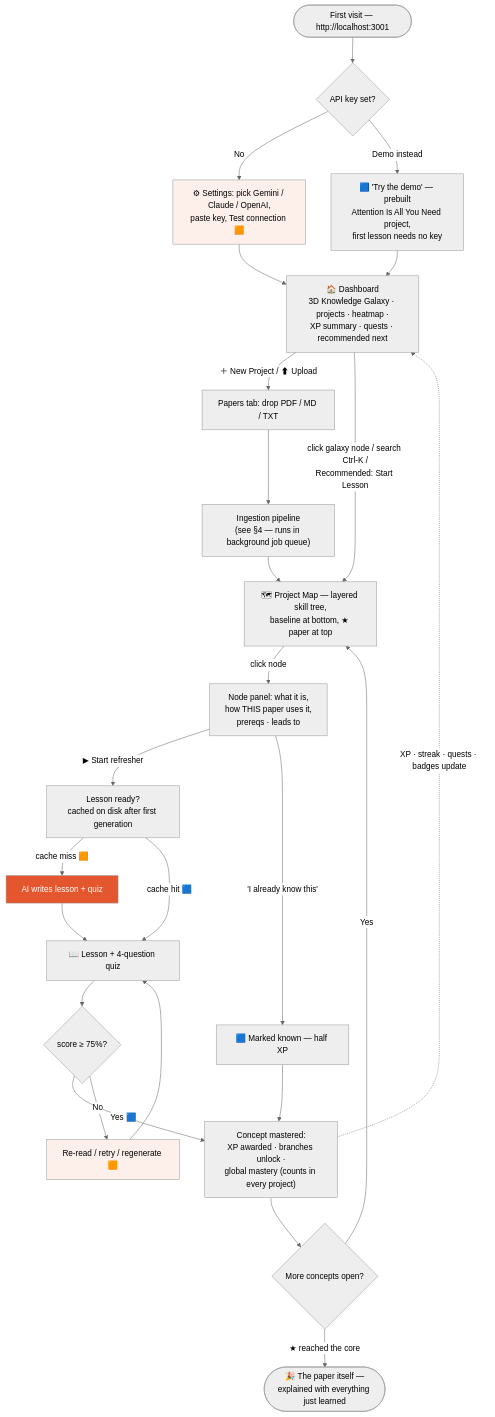
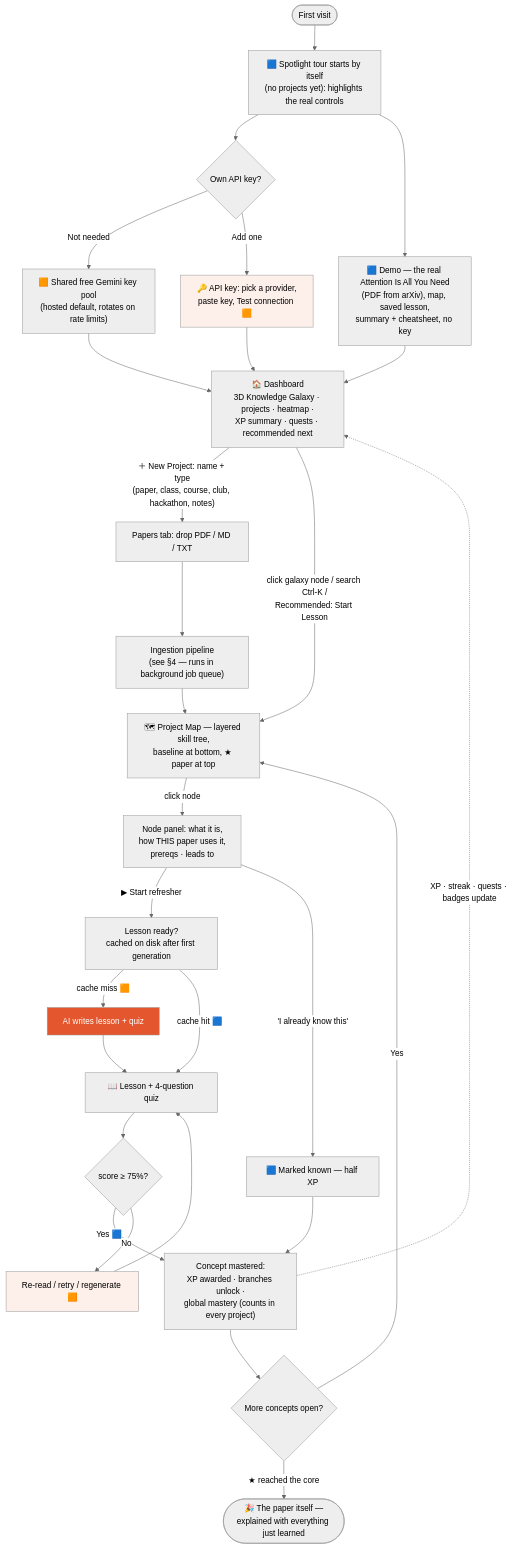
One commit to lenishu/paper-quest changed the second of 5 diagrams in ARCHITECTURE.md. Above: the diagram before and after it, drawn with Mermaid (neutral theme). The commit also changed other lines of this file and 42 other files, not shown here.

````diff
--- a/ARCHITECTURE.md
+++ b/ARCHITECTURE.md
@@ -98,37 +102,40 @@
 ```mermaid
 flowchart TD
-    START(["First visit — http://localhost:3001"]) --> KEY{"API key set?"}
-    KEY -- "No" --> SET["⚙ Settings: pick Gemini / Claude / OpenAI,<br/>paste key, Test connection 🟧"]
-    KEY -- "Demo instead" --> DEMO["🟦 'Try the demo' — prebuilt<br/>Attention Is All You Need project,<br/>first lesson needs no key"]
+    START(["First visit"]) --> TOUR["🟦 Spotlight tour starts by itself<br/>(no projects yet): highlights the real controls"]
+    TOUR --> KEY{"Own API key?"}
+    KEY -- "Not needed" --> SHARED["🟧 Shared free Gemini key pool<br/>(hosted default, rotates on rate limits)"]
+    KEY -- "Add one" --> SET["🔑 API key: pick a provider,<br/>paste key, Test connection 🟧"]
+    TOUR --> DEMO["🟦 Demo — the real Attention Is All You Need<br/>(PDF from arXiv), map, saved lesson,<br/>summary + cheatsheet, no key"]
+    SHARED --> DASH
     SET --> DASH
     DEMO --> DASH
 
     DASH["🏠 Dashboard<br/>3D Knowledge Galaxy · projects · heatmap ·<br/>XP summary · quests · recommended next"]
 
-    DASH -->|"＋ New Project / ⬆ Upload"| UP["Papers tab: drop PDF / MD / TXT"]
+    DASH -->|"＋ New Project: name + type<br/>(paper, class, course, club, hackathon, notes)"| UP["Papers tab: drop PDF / MD / TXT"]
     UP --> PIPE["Ingestion pipeline<br/>(see §4 — runs in background job queue)"]
     PIPE --> MAP
 
     DASH -->|"click galaxy node / search Ctrl-K /<br/>Recommended: Start Lesson"| MAP
     MAP["🗺 Project Map — layered skill tree,<br/>baseline at bottom, ★ paper at top"]
     MAP -->|"click node"| PANEL["Node panel: what it is,<br/>how THIS paper uses it,<br/>prereqs · leads to"]
     PANEL -->|"▶ Start refresher"| LGEN["Lesson ready?<br/>cached on disk after first generation"]
     LGEN -->|"cache miss 🟧"| AI2["AI writes lesson + quiz"]
     LGEN -->|"cache hit 🟦"| QUIZ
     AI2 --> QUIZ["📖 Lesson + 4-question quiz"]
     PANEL -->|"'I already know this'"| SKIP["🟦 Marked known — half XP"]
 
     QUIZ --> PASS{"score ≥ 75%?"}
     PASS -- "Yes 🟦" --> MASTER["Concept mastered:<br/>XP awarded · branches unlock ·<br/>global mastery (counts in every project)"]
     PASS -- "No" --> RETRY["Re-read / retry / regenerate 🟧"]
     RETRY --> QUIZ
     SKIP --> MASTER
     MASTER --> MORE{"More concepts open?"}
     MORE -- "Yes" --> MAP
     MORE -- "★ reached the core" --> CORE(["🎉 The paper itself —<br/>explained with everything just learned"])
     MASTER -.->|"XP · streak · quests · badges update"| DASH
 
     style AI2 fill:#E4572E,color:#fff
     style SET fill:#FDEFE9
     style RETRY fill:#FDEFE9
 ```
````
